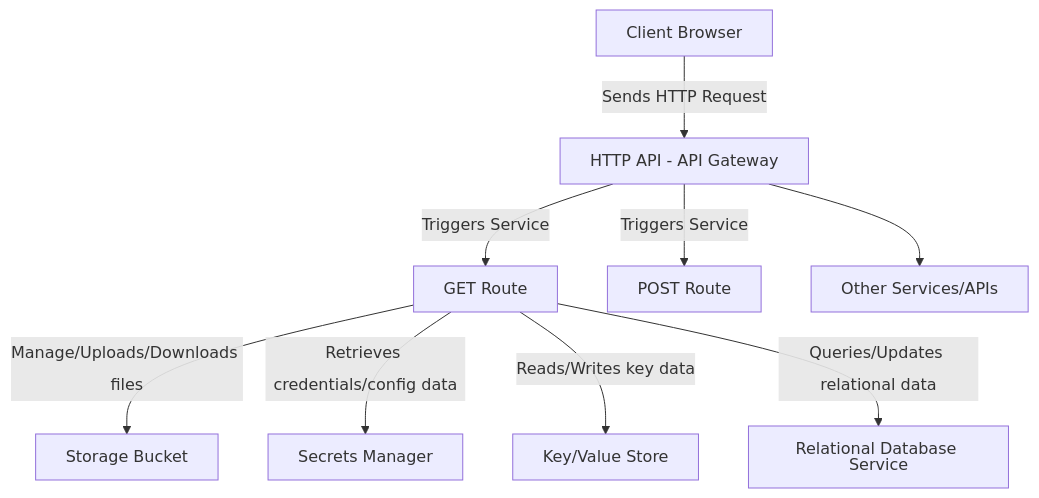
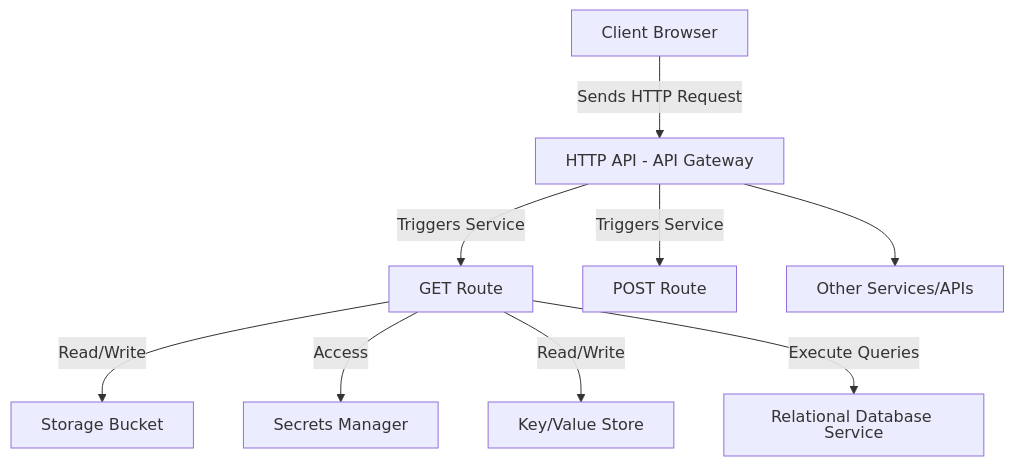
Before and after one commit to nitrictech/docs: the second of 5 diagrams in docs/architecture/index.mdx, drawn with Mermaid. The commit also changed other lines of this file, not shown here.

Commit message:
update architecture over page

````diff
--- a/docs/architecture/index.mdx
+++ b/docs/architecture/index.mdx
@@ -58,30 +68,30 @@
 ```mermaid
 flowchart TD
     %% Actors
     Browser[Client Browser]
 
     %% Nitric Application Containers
     API[HTTP API - API Gateway]
     Service[GET Route]
     Service2[POST Route]
     Service3[Other Services/APIs]
 
     %% Backend Services / Resources
     Bucket[Storage Bucket]
     Secrets[Secrets Manager]
     KVStore[Key/Value Store]
     RDS[Relational Database Service]
 
     %% Interactions
     Browser -->|Sends HTTP Request| API
     API -->|Triggers Service| Service
     API -->|Triggers Service| Service2
     API -->Service3
-    Service -->|Manage/Uploads/Downloads files| Bucket
-    Service -->|Retrieves credentials/config data| Secrets
-    Service -->|Reads/Writes key data| KVStore
-    Service -->|Queries/Updates relational data| RDS
+    Service -->|Read/Write| Bucket
+    Service -->|Access| Secrets
+    Service -->|Read/Write| KVStore
+    Service -->|Execute Queries| RDS
 
 classDef default line-height:1;
 classDef edgeLabel line-height:2;
 ```
````
